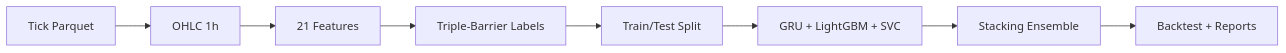
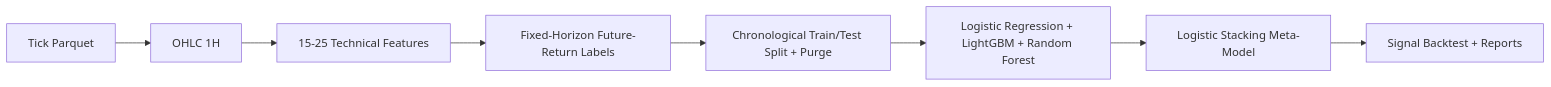
The diagram in README.md (ultimateBroK/thesis-compact), drawn with Mermaid before and after one commit. The commit also changed other lines of this file and 11 other files, not shown here.

````diff
--- a/README.md
+++ b/README.md
@@ -7,10 +7,10 @@
 ```mermaid
 flowchart LR
-    A[Tick Parquet] --> B[OHLC 1h]
-    B --> C[21 Features]
-    C --> D[Triple-Barrier Labels]
-    D --> E[Train/Test Split]
-    E --> F[GRU + LightGBM + SVC]
-    F --> G[Stacking Ensemble]
-    G --> H[Backtest + Reports]
+    A[Tick Parquet] --> B[OHLC 1H]
+    B --> C[15-25 Technical Features]
+    C --> D[Fixed-Horizon Future-Return Labels]
+    D --> E[Chronological Train/Test Split + Purge]
+    E --> F[Logistic Regression + LightGBM + Random Forest]
+    F --> G[Logistic Stacking Meta-Model]
+    G --> H[Signal Backtest + Reports]
 ```
````
